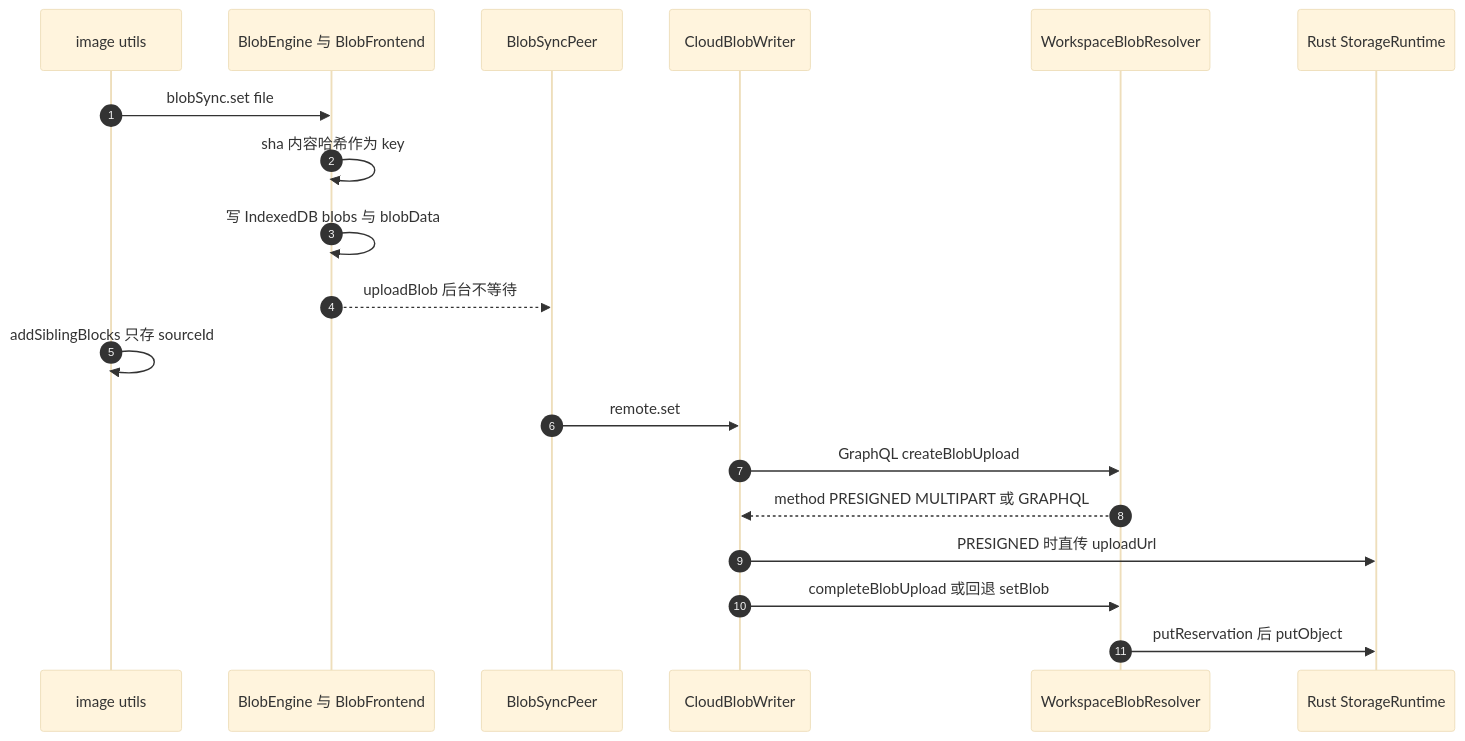
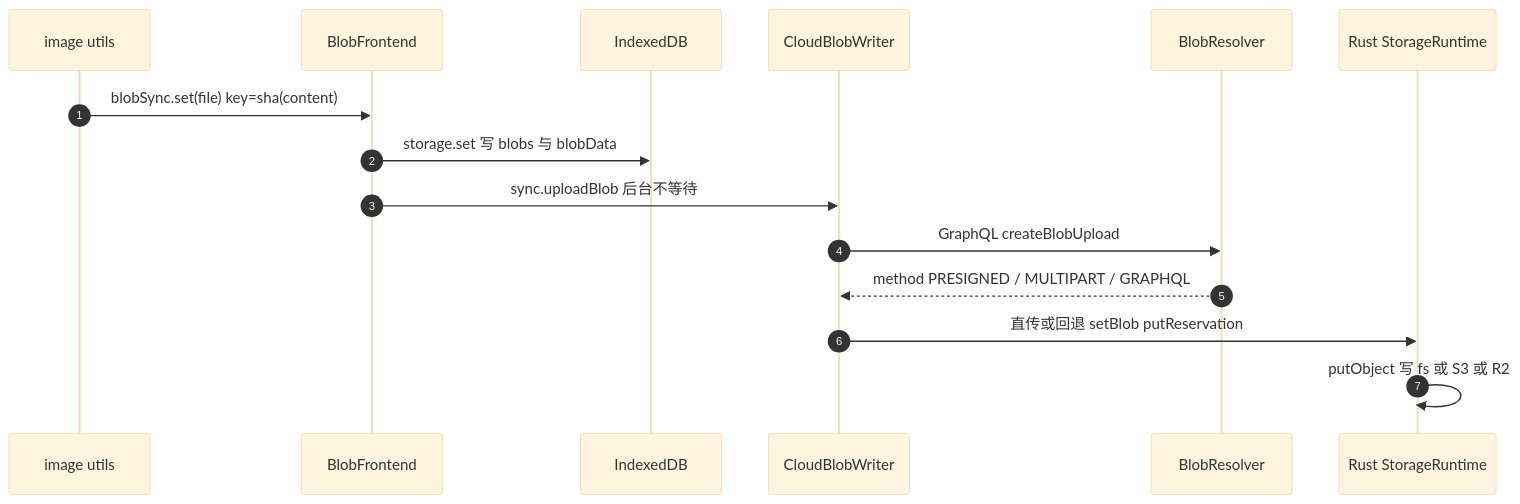
The fifth of 6 diagrams in learning-guide/slides/decks/29.md (lfire/AFFiNE), drawn with Mermaid (base theme) before and after one commit. The commit also changed other lines of this file and 46 other files, not shown here.

````diff
--- a/learning-guide/slides/decks/29.md
+++ b/learning-guide/slides/decks/29.md
@@ -337,21 +296,17 @@
 ```mermaid
 sequenceDiagram
   autonumber
   participant UT as image utils
-  participant BE as BlobEngine 与 BlobFrontend
-  participant BP as BlobSyncPeer
+  participant BF as BlobFrontend
+  participant IDB as IndexedDB
   participant CW as CloudBlobWriter
-  participant RES as WorkspaceBlobResolver
+  participant RES as BlobResolver
   participant RT as Rust StorageRuntime
-  UT->>BE: blobSync.set file
-  BE->>BE: sha 内容哈希作为 key
-  BE->>BE: 写 IndexedDB blobs 与 blobData
-  BE-->>BP: uploadBlob 后台不等待
-  UT->>UT: addSiblingBlocks 只存 sourceId
-  BP->>CW: remote.set
+  UT->>BF: blobSync.set(file) key=sha(content)
+  BF->>IDB: storage.set 写 blobs 与 blobData
+  BF->>CW: sync.uploadBlob 后台不等待
   CW->>RES: GraphQL createBlobUpload
-  RES-->>CW: method PRESIGNED MULTIPART 或 GRAPHQL
-  CW->>RT: PRESIGNED 时直传 uploadUrl
-  CW->>RES: completeBlobUpload 或回退 setBlob
-  RES->>RT: putReservation 后 putObject
+  RES-->>CW: method PRESIGNED / MULTIPART / GRAPHQL
+  CW->>RT: 直传或回退 setBlob putReservation
+  RT->>RT: putObject 写 fs 或 S3 或 R2
 ```
````
